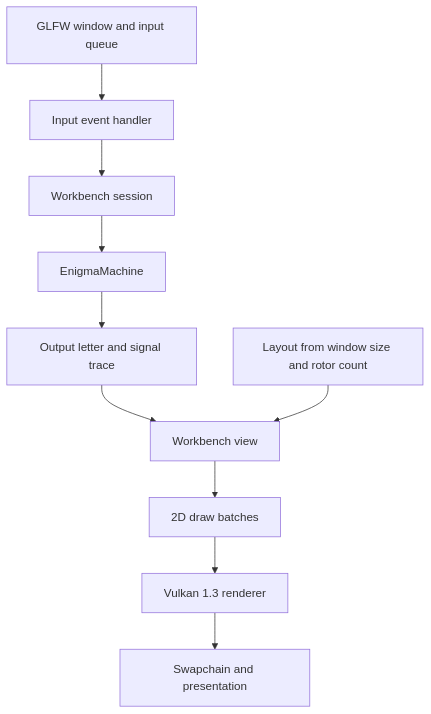
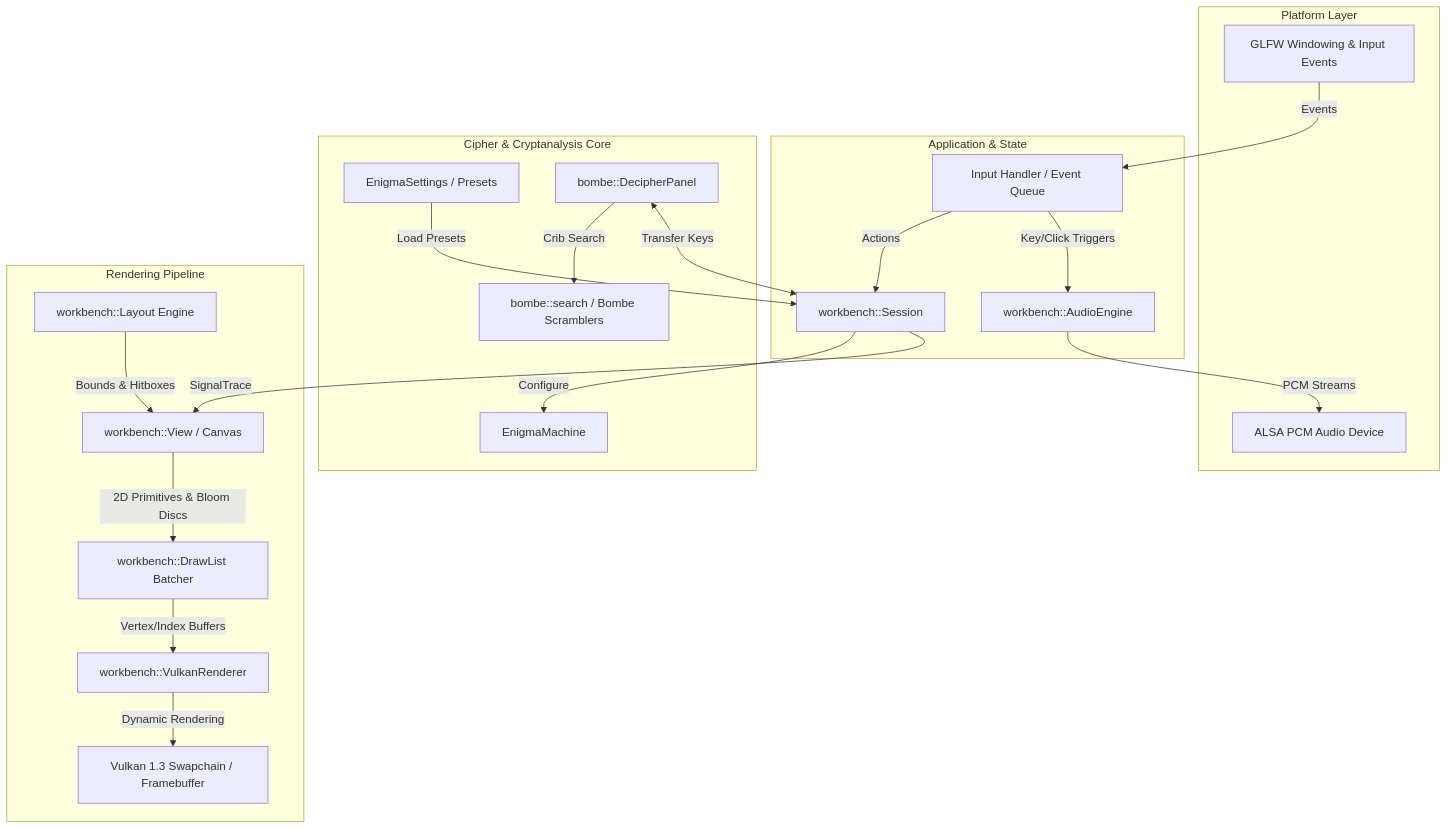
Before and after one commit to Ctrlm0nster/Enigma: the diagram in documentation/Architecture.md, drawn with Mermaid. The commit also changed other lines of this file and 30 other files, not shown here.

Commit message:
Make Bombe search interactive and refine the Workbench

````diff
--- a/documentation/Architecture.md
+++ b/documentation/Architecture.md
@@ -25,12 +11,42 @@
 ```mermaid
 flowchart TD
-    Platform[GLFW window and input queue] --> Input[Input event handler]
-    Input --> Session[Workbench session]
-    Session --> Machine[EnigmaMachine]
-    Machine --> Trace[Output letter and signal trace]
-    Trace --> View[Workbench view]
-    Layout[Layout from window size and rotor count] --> View
-    View --> Draw[2D draw batches]
-    Draw --> Vulkan[Vulkan 1.3 renderer]
-    Vulkan --> Swapchain[Swapchain and presentation]
+    subgraph Platform Layer
+        GLFW[GLFW Windowing & Input Events]
+        ALSA[ALSA PCM Audio Device]
+    end
+
+    subgraph Application & State
+        InputHandler[Input Handler / Event Queue]
+        Session[workbench::Session]
+        Audio[workbench::AudioEngine]
+    end
+
+    subgraph Cipher & Cryptanalysis Core
+        Machine[EnigmaMachine]
+        Settings[EnigmaSettings / Presets]
+        BombeEngine[bombe::search / Bombe Scramblers]
+        Decipher[bombe::DecipherPanel]
+    end
+
+    subgraph Rendering Pipeline
+        Layout[workbench::Layout Engine]
+        View[workbench::View / Canvas]
+        Draw[workbench::DrawList Batcher]
+        Vulkan[workbench::VulkanRenderer]
+        GPU[Vulkan 1.3 Swapchain / Framebuffer]
+    end
+
+    GLFW -->|Events| InputHandler
+    InputHandler -->|Actions| Session
+    InputHandler -->|Key/Click Triggers| Audio
+    Session -->|Configure| Machine
+    Settings -->|Load Presets| Session
+    Session -->|SignalTrace| View
+    Decipher -->|Crib Search| BombeEngine
+    Decipher <-->|Transfer Keys| Session
+    Audio -->|PCM Streams| ALSA
+    Layout -->|Bounds & Hitboxes| View
+    View -->|2D Primitives & Bloom Discs| Draw
+    Draw -->|Vertex/Index Buffers| Vulkan
+    Vulkan -->|Dynamic Rendering| GPU
 ```
````
